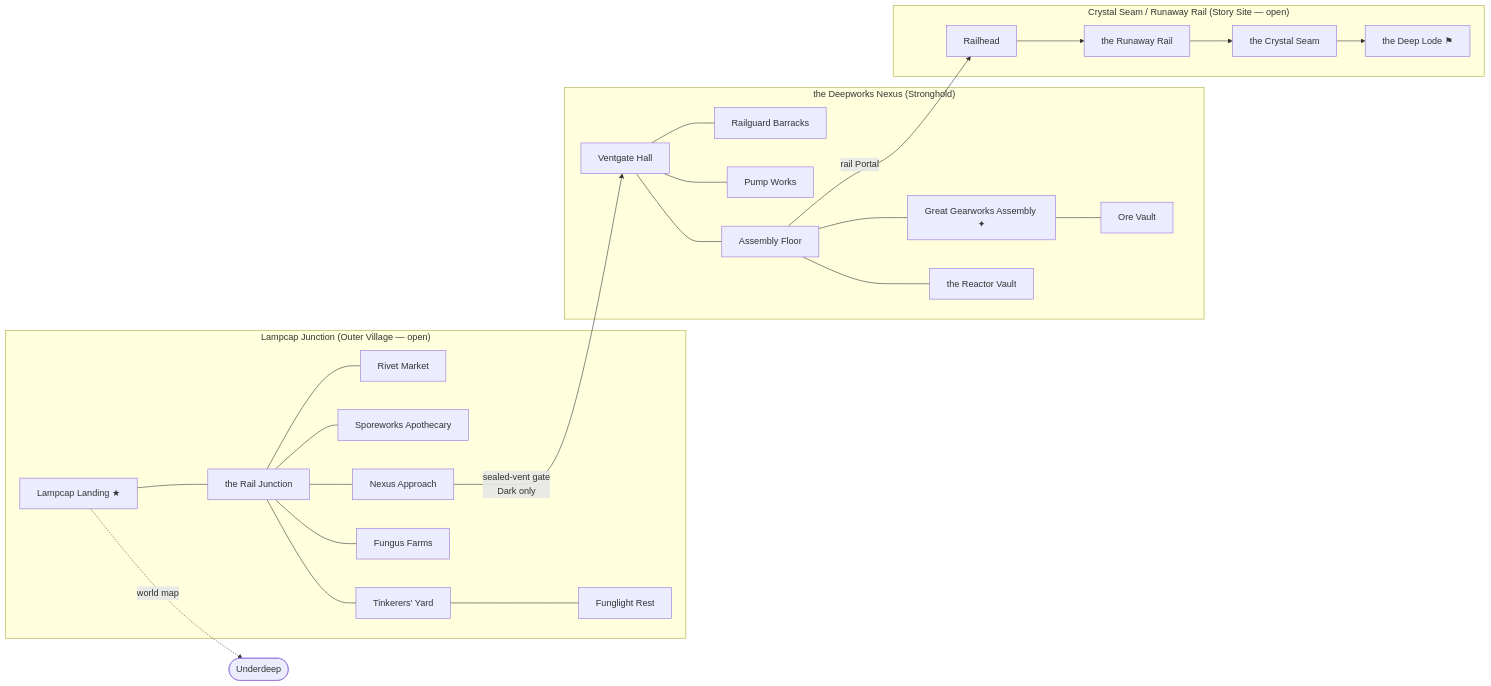
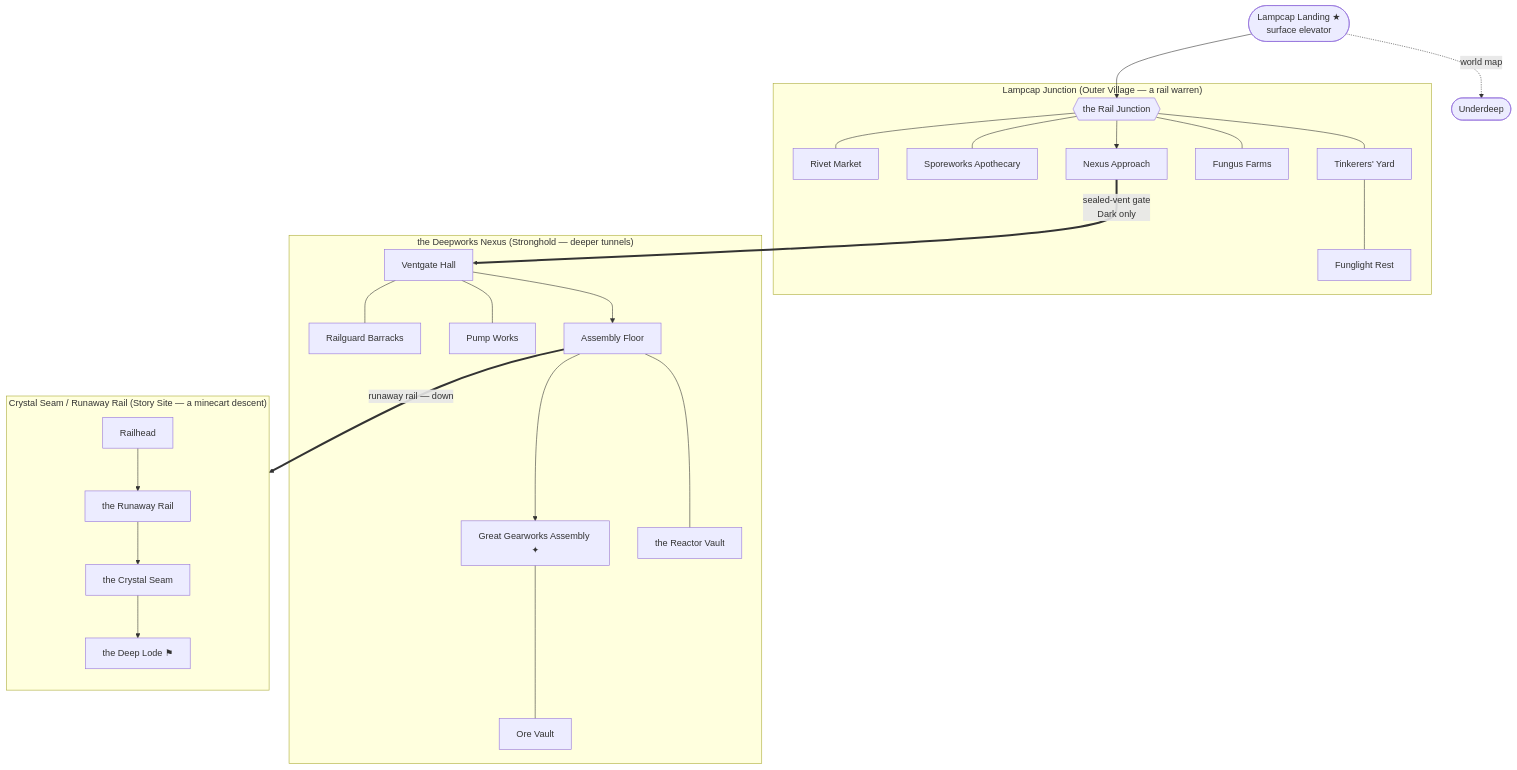
The sixth of 8 diagrams in docs/design/0014-hometown-maps.md (DibranMulder/2D-platform-game), drawn with Mermaid before and after one commit. The commit also changed other lines of this file, not shown here.

First line of the commit message:
Reshape home-town portal graphs to their terrain (DESIGN-0014)

````diff
--- a/docs/design/0014-hometown-maps.md
+++ b/docs/design/0014-hometown-maps.md
@@ -486,26 +517,29 @@
 ```mermaid
-flowchart LR
-    subgraph V["Lampcap Junction (Outer Village — open)"]
-        LLd[Lampcap Landing ★] --- RJ[the Rail Junction]
+flowchart TB
+    LLd([Lampcap Landing ★<br/>surface elevator])
+    subgraph V["Lampcap Junction (Outer Village — a rail warren)"]
+        RJ{{the Rail Junction}}
         RJ --- RM[Rivet Market]
         RJ --- SA2[Sporeworks Apothecary]
         RJ --- TY2[Tinkerers' Yard]
         TY2 --- FR[Funglight Rest]
         RJ --- FF[Fungus Farms]
-        RJ --- NA[Nexus Approach]
+        RJ --> NA[Nexus Approach]
     end
-    NA -->|sealed-vent gate<br/>Dark only| VH[Ventgate Hall]
-    subgraph S["the Deepworks Nexus (Stronghold)"]
-        VH --- RGB[Railguard Barracks]
+    LLd --> RJ
+    NA ==>|sealed-vent gate<br/>Dark only| VH
+    subgraph S["the Deepworks Nexus (Stronghold — deeper tunnels)"]
+        VH[Ventgate Hall] --- RGB[Railguard Barracks]
         VH --- PWk[Pump Works]
-        VH --- AF[Assembly Floor]
-        AF --- GA[Great Gearworks Assembly ✦]
+        VH --> AF[Assembly Floor]
+        AF --> GA[Great Gearworks Assembly ✦]
         AF --- RV[the Reactor Vault]
         GA --- OV[Ore Vault]
     end
-    AF -->|rail Portal| RH
-    subgraph T["Crystal Seam / Runaway Rail (Story Site — open)"]
+    AF ==>|runaway rail — down| RH
+    subgraph T["Crystal Seam / Runaway Rail (Story Site — a minecart descent)"]
+        direction TB
         RH[Railhead] --> RR[the Runaway Rail] --> CS[the Crystal Seam] --> DLd[the Deep Lode ⚑]
     end
     LLd -.world map.-> W([Underdeep])
 ```
````
